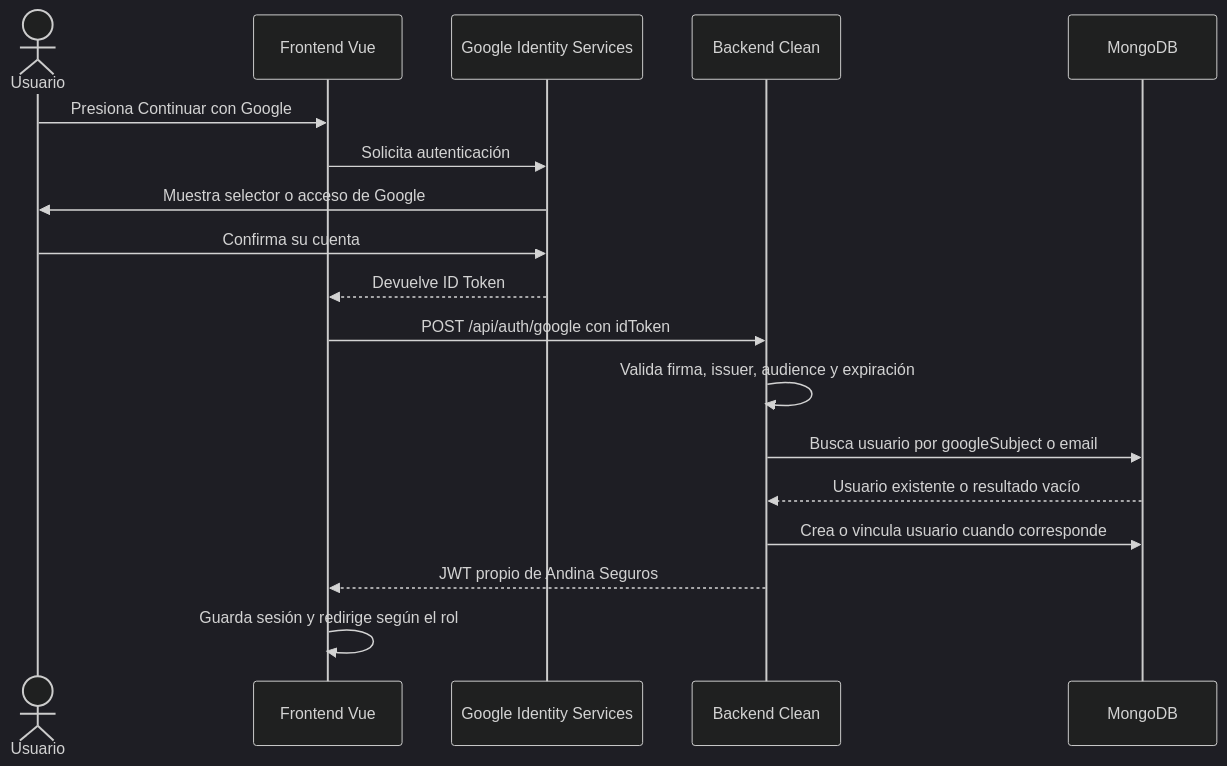
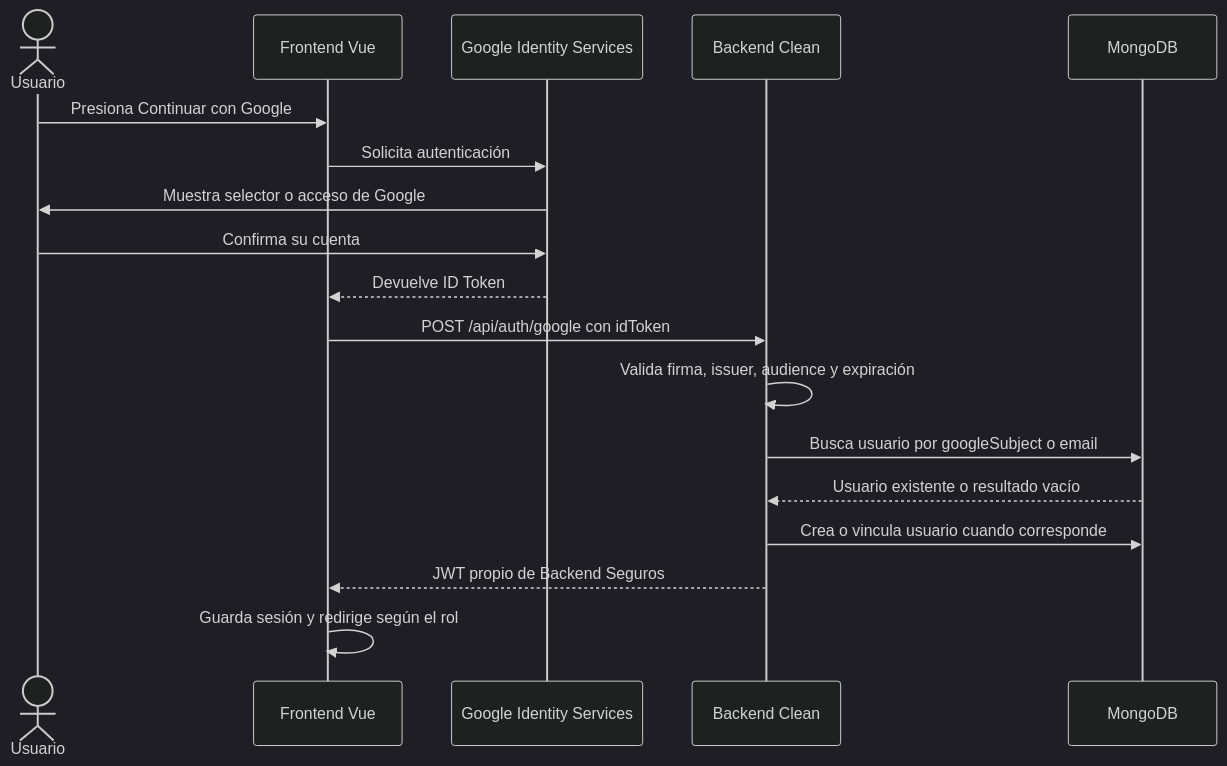
The fourth of 8 diagrams in doc/3. Auth Google-MFA/INFORME-AUTENTICACION-GOOGLE-MFA-.md (shaniira/Mod5-Tarea1-Microservicios), drawn with Mermaid (dark theme) before and after one commit. The commit also changed other lines of this file and 18 other files, not shown here.

````diff
--- a/doc/3. Auth Google-MFA/INFORME-AUTENTICACION-GOOGLE-MFA-.md
+++ b/doc/3. Auth Google-MFA/INFORME-AUTENTICACION-GOOGLE-MFA-.md
@@ -150,21 +150,21 @@
 ```mermaid
 sequenceDiagram
     actor U as Usuario
     participant F as Frontend Vue
     participant G as Google Identity Services
     participant B as Backend Clean
     participant DB as MongoDB
 
     U->>F: Presiona Continuar con Google
     F->>G: Solicita autenticación
     G->>U: Muestra selector o acceso de Google
     U->>G: Confirma su cuenta
     G-->>F: Devuelve ID Token
     F->>B: POST /api/auth/google con idToken
     B->>B: Valida firma, issuer, audience y expiración
     B->>DB: Busca usuario por googleSubject o email
     DB-->>B: Usuario existente o resultado vacío
     B->>DB: Crea o vincula usuario cuando corresponde
-    B-->>F: JWT propio de Andina Seguros
+    B-->>F: JWT propio de Backend Seguros
     F->>F: Guarda sesión y redirige según el rol
 ```
````
